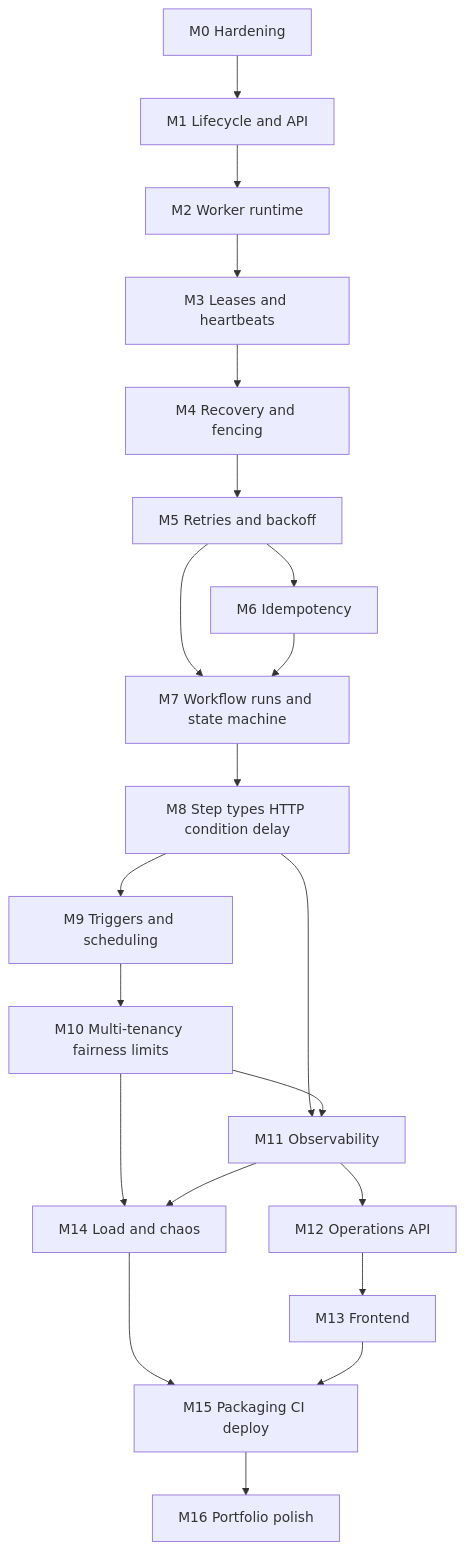
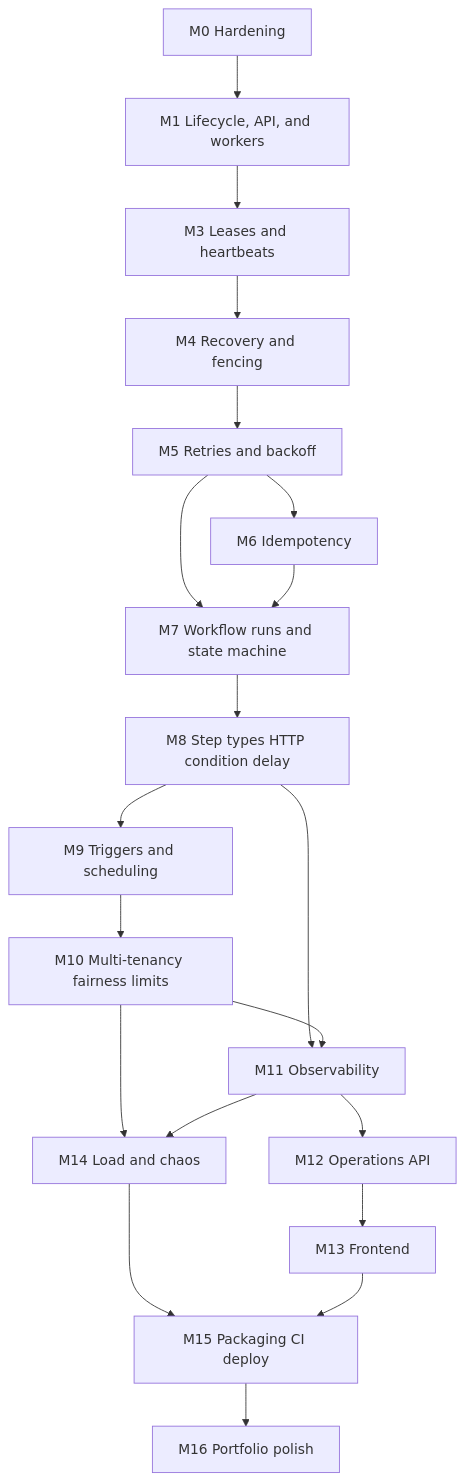
Before and after one commit to kushalgurrapu/conduit: the diagram in PROJECT_ROADMAP.md, drawn with Mermaid. The commit also changed other lines of this file and 4 other files, not shown here.

````diff
--- a/PROJECT_ROADMAP.md
+++ b/PROJECT_ROADMAP.md
@@ -121,23 +123,22 @@
 ```mermaid
 flowchart TD
-    M0[M0 Hardening] --> M1[M1 Lifecycle and API]
-    M1 --> M2[M2 Worker runtime]
-    M2 --> M3[M3 Leases and heartbeats]
+    M0[M0 Hardening] --> M1[M1 Lifecycle, API, and workers]
+    M1 --> M3[M3 Leases and heartbeats]
     M3 --> M4[M4 Recovery and fencing]
     M4 --> M5[M5 Retries and backoff]
     M5 --> M6[M6 Idempotency]
     M5 --> M7[M7 Workflow runs and state machine]
     M6 --> M7
     M7 --> M8[M8 Step types HTTP condition delay]
     M8 --> M9[M9 Triggers and scheduling]
     M9 --> M10[M10 Multi-tenancy fairness limits]
     M8 --> M11[M11 Observability]
     M10 --> M11
     M11 --> M12[M12 Operations API]
     M12 --> M13[M13 Frontend]
     M10 --> M14[M14 Load and chaos]
     M11 --> M14
     M14 --> M15[M15 Packaging CI deploy]
     M13 --> M15
     M15 --> M16[M16 Portfolio polish]
 ```
````
